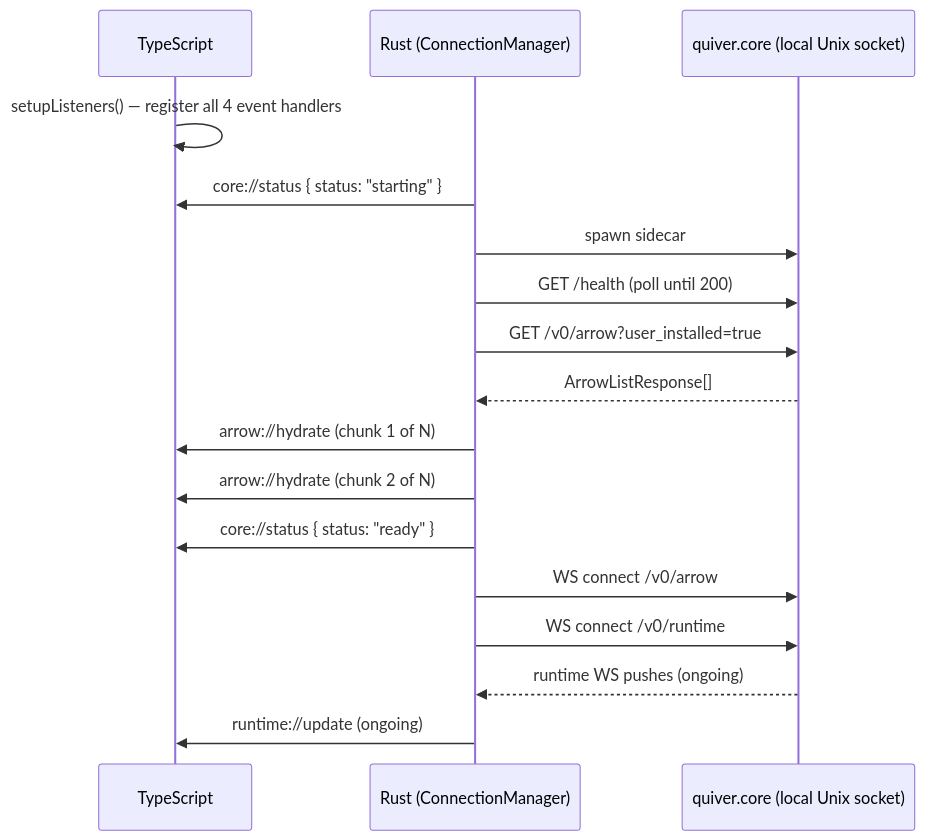
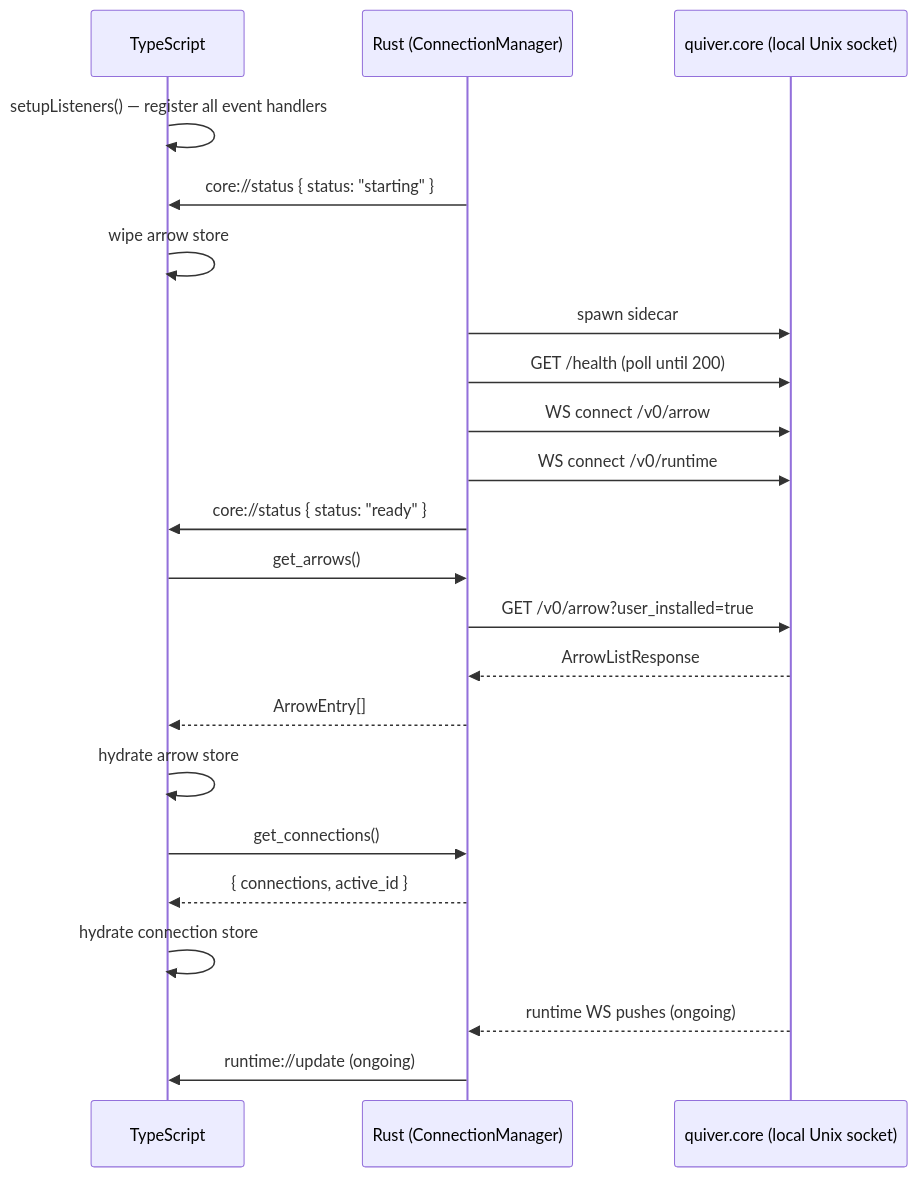
The second of 2 diagrams in docs/spec/ipc-bridge.md (rabbytesoftware/quiver.desktop), drawn with Mermaid before and after one commit. The commit also changed other lines of this file, not shown here.

First line of the commit message:
docs(spec): update ipc-bridge spec for core client bridge redesign

````diff
--- a/docs/spec/ipc-bridge.md
+++ b/docs/spec/ipc-bridge.md
@@ -351,20 +407,25 @@
 ```mermaid
 sequenceDiagram
     participant TS as TypeScript
     participant Rust as Rust (ConnectionManager)
     participant Core as quiver.core (local Unix socket)
 
-    TS->>TS: setupListeners() — register all 4 event handlers
+    TS->>TS: setupListeners() — register all event handlers
     Rust->>TS: core://status { status: "starting" }
+    TS->>TS: wipe arrow store
     Rust->>Core: spawn sidecar
     Rust->>Core: GET /health (poll until 200)
-    Rust->>Core: GET /v0/arrow?user_installed=true
-    Core-->>Rust: ArrowListResponse[]
-    Rust->>TS: arrow://hydrate (chunk 1 of N)
-    Rust->>TS: arrow://hydrate (chunk 2 of N)
-    Rust->>TS: core://status { status: "ready" }
     Rust->>Core: WS connect /v0/arrow
     Rust->>Core: WS connect /v0/runtime
+    Rust->>TS: core://status { status: "ready" }
+    TS->>Rust: get_arrows()
+    Rust->>Core: GET /v0/arrow?user_installed=true
+    Core-->>Rust: ArrowListResponse
+    Rust-->>TS: ArrowEntry[]
+    TS->>TS: hydrate arrow store
+    TS->>Rust: get_connections()
+    Rust-->>TS: { connections, active_id }
+    TS->>TS: hydrate connection store
     Core-->>Rust: runtime WS pushes (ongoing)
     Rust->>TS: runtime://update (ongoing)
 ```
````
